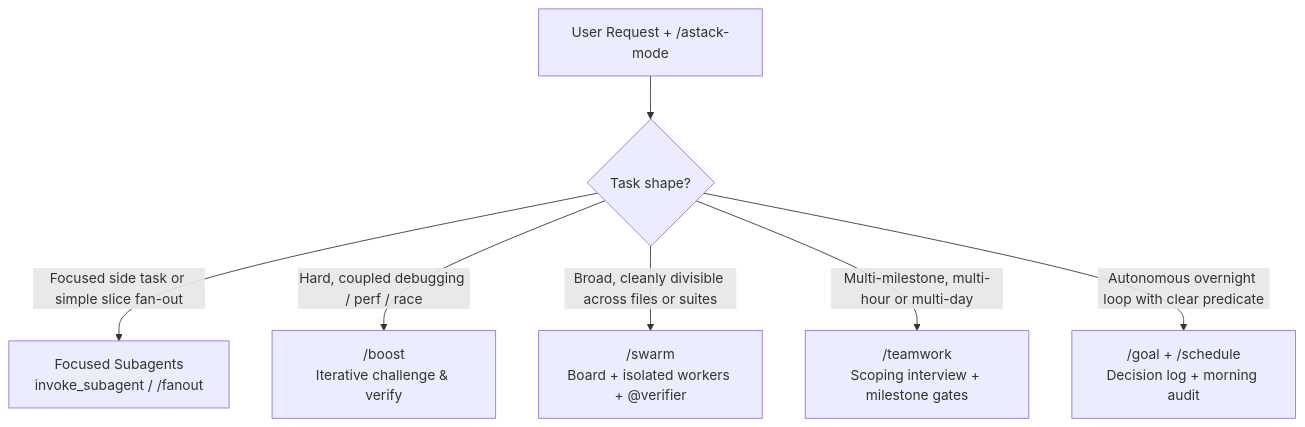
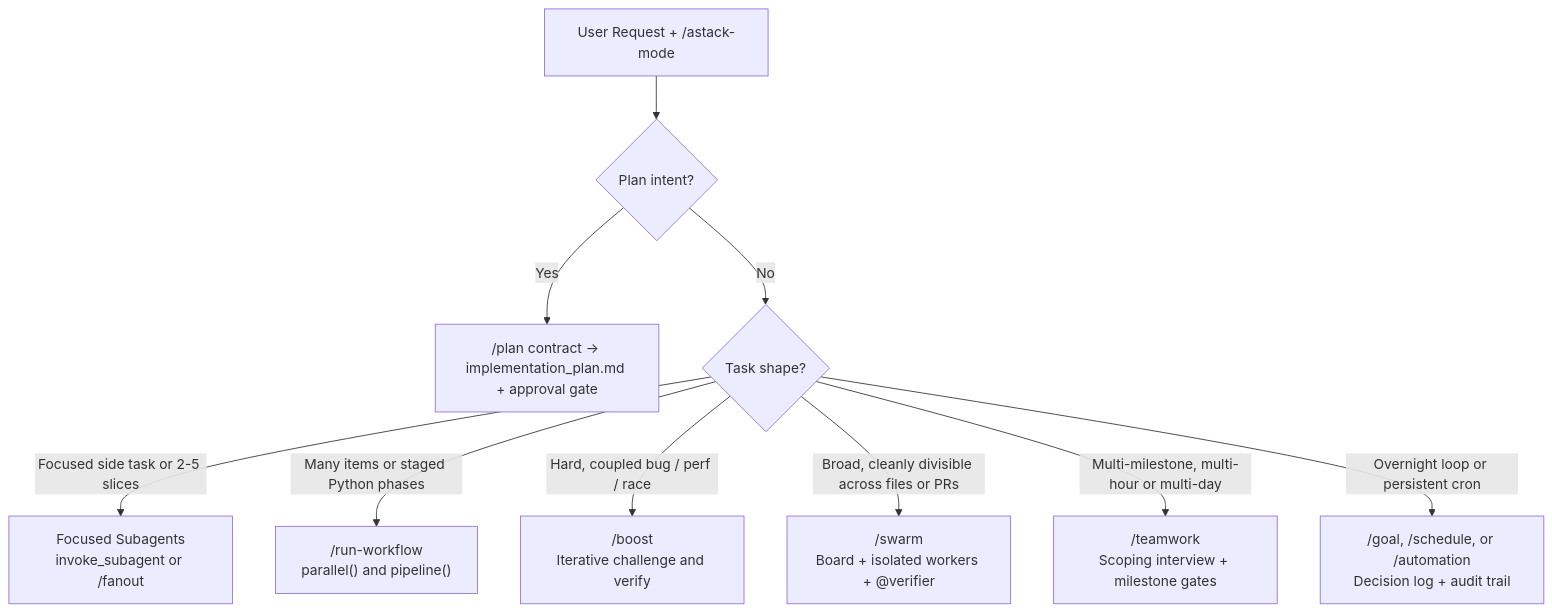
One commit to jmxt3/astack changed the second of 2 diagrams in docs/architecture-and-swarm.md. Above: the diagram before and after it, drawn with Mermaid. The commit also changed other lines of this file and 90 other files, not shown here.

First line of the commit message:
feat: align AStack routing, schemas, and docs with native Antigravity

````diff
--- a/docs/architecture-and-swarm.md
+++ b/docs/architecture-and-swarm.md
@@ -65,9 +68,12 @@
 ```mermaid
 flowchart TD
-    Req[User Request + /astack-mode] --> Shape{Task shape?}
-    Shape -->|Focused side task or simple slice fan-out| Sub["Focused Subagents<br/>invoke_subagent / /fanout"]
-    Shape -->|Hard, coupled debugging / perf / race| Boost["/boost<br/>Iterative challenge & verify"]
-    Shape -->|Broad, cleanly divisible across files or suites| Swarm["/swarm<br/>Board + isolated workers + @verifier"]
+    Req["User Request + /astack-mode"] --> PlanGate{"Plan intent?"}
+    PlanGate -->|Yes| Plan["/plan contract -> implementation_plan.md + approval gate"]
+    PlanGate -->|No| Shape{"Task shape?"}
+    Shape -->|Focused side task or 2-5 slices| Sub["Focused Subagents<br/>invoke_subagent or /fanout"]
+    Shape -->|Many items or staged Python phases| Flow["/run-workflow<br/>parallel() and pipeline()"]
+    Shape -->|Hard, coupled bug / perf / race| Boost["/boost<br/>Iterative challenge and verify"]
+    Shape -->|Broad, cleanly divisible across files or PRs| Swarm["/swarm<br/>Board + isolated workers + @verifier"]
     Shape -->|Multi-milestone, multi-hour or multi-day| Team["/teamwork<br/>Scoping interview + milestone gates"]
-    Shape -->|Autonomous overnight loop with clear predicate| Goal["/goal + /schedule<br/>Decision log + morning audit"]
+    Shape -->|Overnight loop or persistent cron| Auto["/goal, /schedule, or /automation<br/>Decision log + audit trail"]
 ```
````
